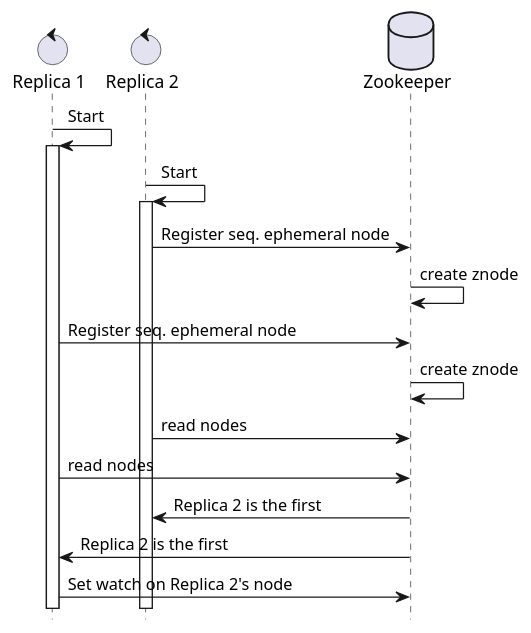
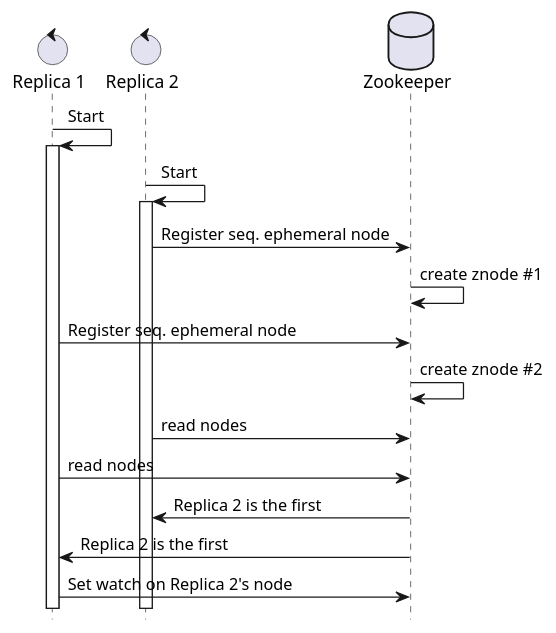
Before and after one commit to manokovacs/solr-internals: the diagram in leader-election.puml, drawn with PlantUML. The commit also changed 1 other file, not shown here.

```diff
--- a/leader-election.puml
+++ b/leader-election.puml
@@ -1,21 +1,21 @@
 @startuml
 hide footbox
 control "Replica 1" as r1
 control "Replica 2" as r2
 database "Zookeeper" as zk
 
 
 r1->r1: Start
 activate r1
 r2->r2: Start
 activate r2
 r2->zk: Register seq. ephemeral node
-zk->zk: create znode
+zk->zk: create znode #1
 r1->zk: Register seq. ephemeral node
-zk->zk: create znode
+zk->zk: create znode #2
 r2->zk: read nodes
 r1->zk: read nodes
 zk->r2: Replica 2 is the first
 zk->r1: Replica 2 is the first
 r1->zk: Set watch on Replica 2's node
 @enduml
```
